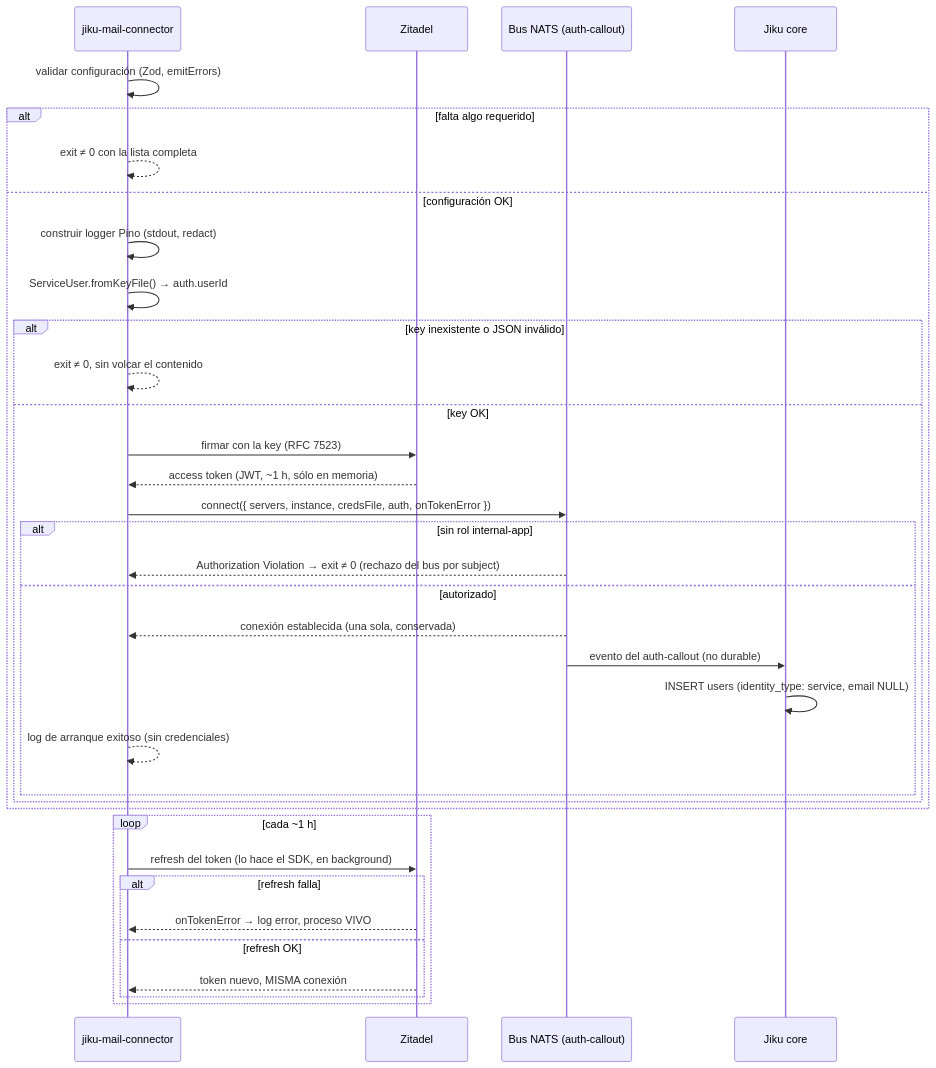
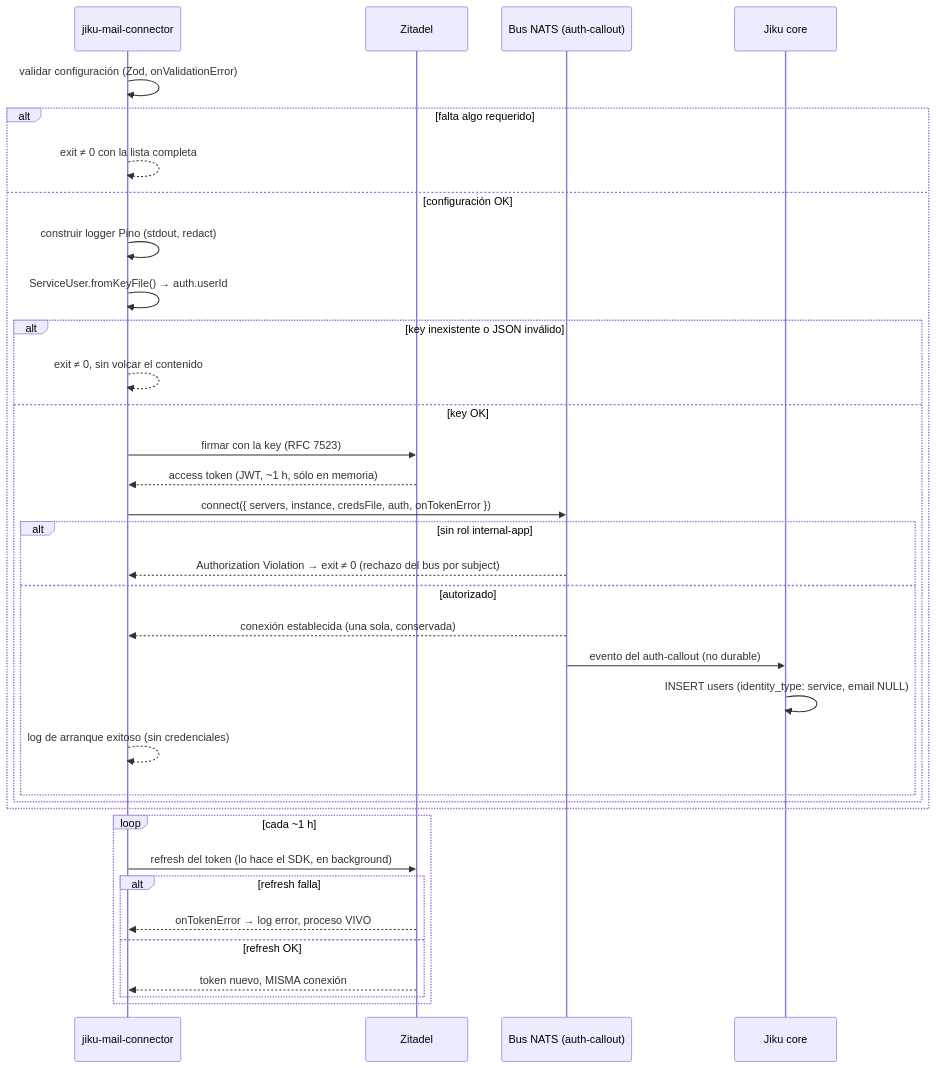
Before and after one commit to gravadigital/jiku-email-tickets: the diagram in docs/flows/arranque-y-conexion-al-bus.md, drawn with Mermaid. The commit also changed other lines of this file and 24 other files, not shown here.

````diff
--- a/docs/flows/arranque-y-conexion-al-bus.md
+++ b/docs/flows/arranque-y-conexion-al-bus.md
@@ -41,38 +41,38 @@
 ```mermaid
 sequenceDiagram
     participant MC as jiku-mail-connector
     participant ZI as Zitadel
     participant BUS as Bus NATS (auth-callout)
     participant CORE as Jiku core
 
-    MC->>MC: validar configuración (Zod, emitErrors)
+    MC->>MC: validar configuración (Zod, onValidationError)
     alt falta algo requerido
         MC-->>MC: exit ≠ 0 con la lista completa
     else configuración OK
         MC->>MC: construir logger Pino (stdout, redact)
         MC->>MC: ServiceUser.fromKeyFile() → auth.userId
         alt key inexistente o JSON inválido
             MC-->>MC: exit ≠ 0, sin volcar el contenido
         else key OK
             MC->>ZI: firmar con la key (RFC 7523)
             ZI-->>MC: access token (JWT, ~1 h, sólo en memoria)
             MC->>BUS: connect({ servers, instance, credsFile, auth, onTokenError })
             alt sin rol internal-app
                 BUS-->>MC: Authorization Violation → exit ≠ 0 (rechazo del bus por subject)
             else autorizado
                 BUS-->>MC: conexión establecida (una sola, conservada)
                 BUS->>CORE: evento del auth-callout (no durable)
                 CORE->>CORE: INSERT users (identity_type: service, email NULL)
                 MC-->>MC: log de arranque exitoso (sin credenciales)
             end
         end
     end
     loop cada ~1 h
         MC->>ZI: refresh del token (lo hace el SDK, en background)
         alt refresh falla
             ZI-->>MC: onTokenError → log error, proceso VIVO
         else refresh OK
             ZI-->>MC: token nuevo, MISMA conexión
         end
     end
 ```
````
